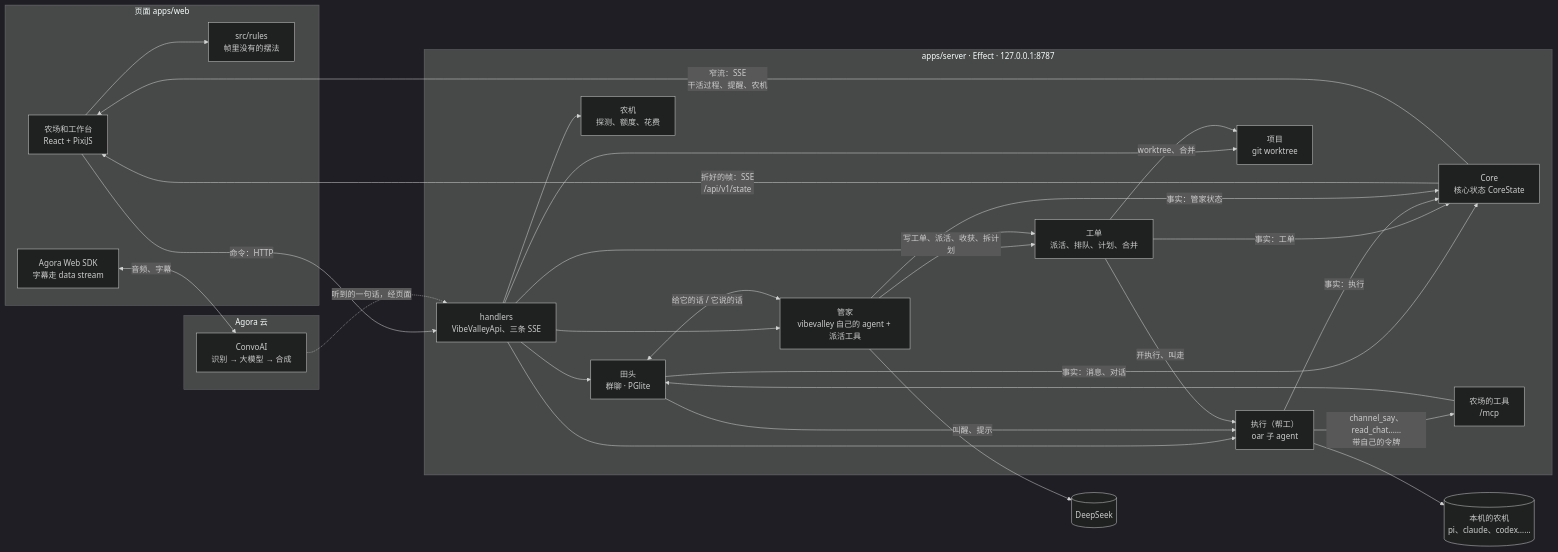
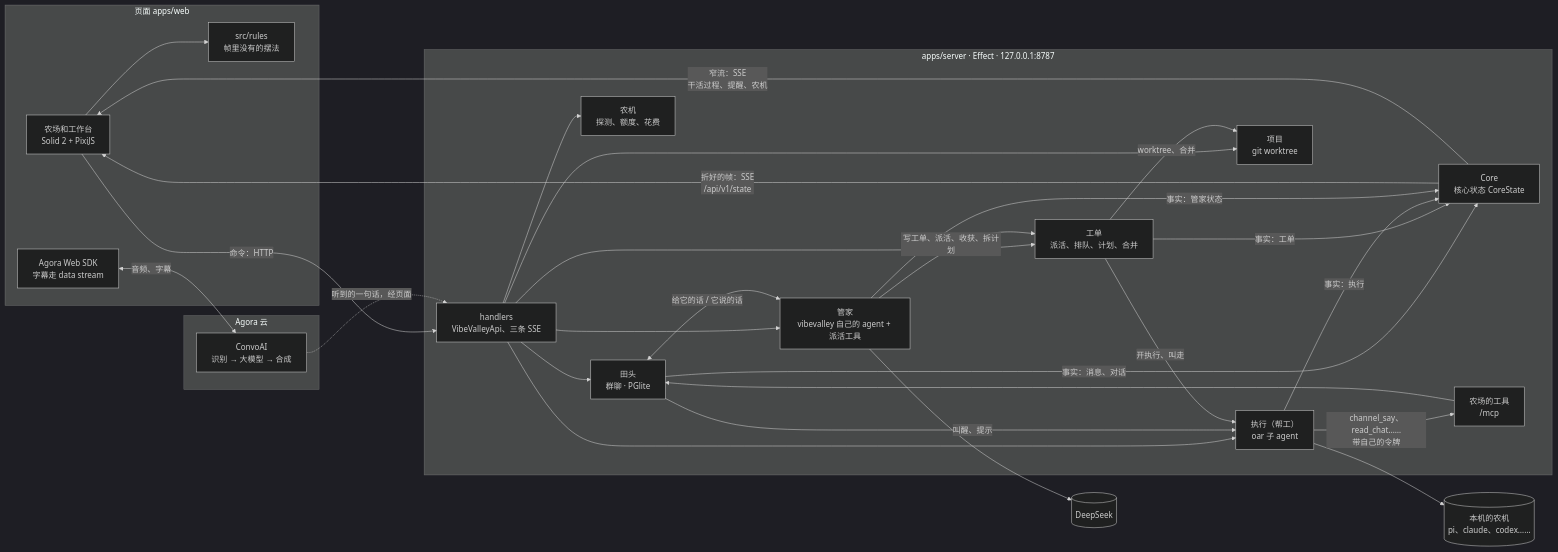
Before and after one commit to vibevalleyhq/vibevalley: the diagram in docs/architecture.md, drawn with Mermaid (dark theme). The commit also changed other lines of this file and 326 other files, not shown here.

````diff
--- a/docs/architecture.md
+++ b/docs/architecture.md
@@ -5,48 +5,48 @@
 ```mermaid
 flowchart LR
   subgraph Page[页面 apps/web]
-    UI[农场和工作台<br/>React + PixiJS]
+    UI[农场和工作台<br/>Solid 2 + PixiJS]
     RULES[src/rules<br/>帧里没有的摆法]
     RTC[Agora Web SDK<br/>字幕走 data stream]
   end
 
   subgraph Server[apps/server · Effect · 127.0.0.1:8787]
     API[handlers<br/>VibeValleyApi、三条 SSE]
     SITE[Core<br/>核心状态 CoreState]
     FM[管家<br/>vibevalley 自己的 agent + 派活工具]
     CHAT[田头<br/>群聊 · PGlite]
     MCP[农场的工具<br/>/mcp]
     TK[工单<br/>派活、排队、计划、合并]
     CREW[执行（帮工）<br/>oar 子 agent]
     PRJ[项目<br/>git worktree]
     RT[农机<br/>探测、额度、花费]
   end
 
   subgraph Agora[Agora 云]
     CAI[ConvoAI<br/>识别 → 大模型 → 合成]
   end
 
   AGENTS[(本机的农机<br/>pi、claude、codex……)]
   DS[(DeepSeek)]
 
   UI --> RULES
   UI -->|命令：HTTP| API
   SITE -->|折好的帧：SSE<br/>/api/v1/state| UI
   SITE -->|窄流：SSE<br/>干活过程、提醒、农机| UI
   API --> CHAT & FM & TK & CREW & PRJ & RT
   CHAT <-->|给它的话 / 它说的话| FM
   CHAT -->|叫醒、提示| CREW
   CREW -->|channel_say、read_chat……<br/>带自己的令牌| MCP
   MCP --> CHAT
   FM -->|写工单、派活、收获、拆计划| TK
   TK -->|开执行、叫走| CREW
   TK -->|worktree、合并| PRJ
   CREW --> AGENTS
   FM --> DS
   CHAT -->|事实：消息、对话| SITE
   TK -->|事实：工单| SITE
   CREW -->|事实：执行| SITE
   FM -->|事实：管家状态| SITE
   RTC <-->|音频、字幕| CAI
   CAI -.->|听到的一句话，经页面| API
 ```
````
